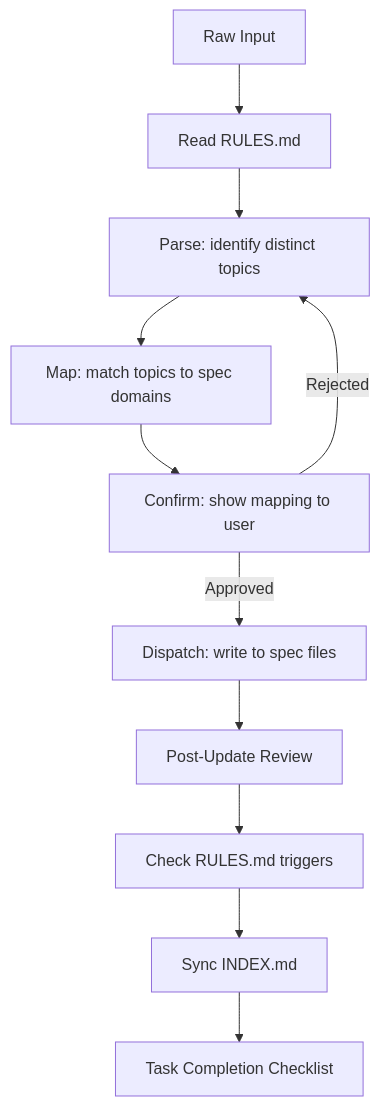
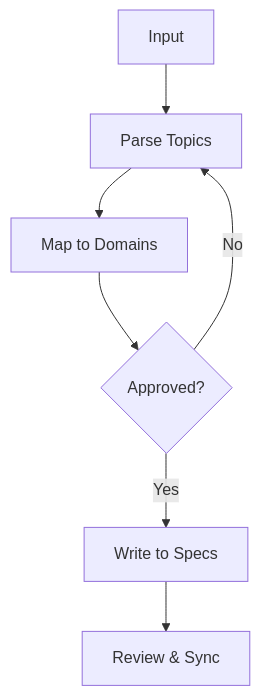
The second of 2 diagrams in .magic/spec.md (teratron/magic-spec), drawn with Mermaid before and after one commit. The commit also changed other lines of this file and 11 other files, not shown here.

````diff
--- a/.magic/spec.md
+++ b/.magic/spec.md
@@ -104,13 +95,9 @@
 ```mermaid
 graph TD
-    A[Raw Input] --> R[Read RULES.md]
-    R --> B[Parse: identify distinct topics]
-    B --> C[Map: match topics to spec domains]
-    C --> D[Confirm: show mapping to user]
-    D -->|Approved| E[Dispatch: write to spec files]
-    D -->|Rejected| B
-    E --> F[Post-Update Review]
-    F --> G[Check RULES.md triggers]
-    G --> H[Sync INDEX.md]
-    H --> I[Task Completion Checklist]
+    A[Input] --> B[Parse Topics]
+    B --> C[Map to Domains]
+    C --> D{Approved?}
+    D -->|Yes| E[Write to Specs]
+    D -->|No| B
+    E --> F[Review & Sync]
 ```
````
